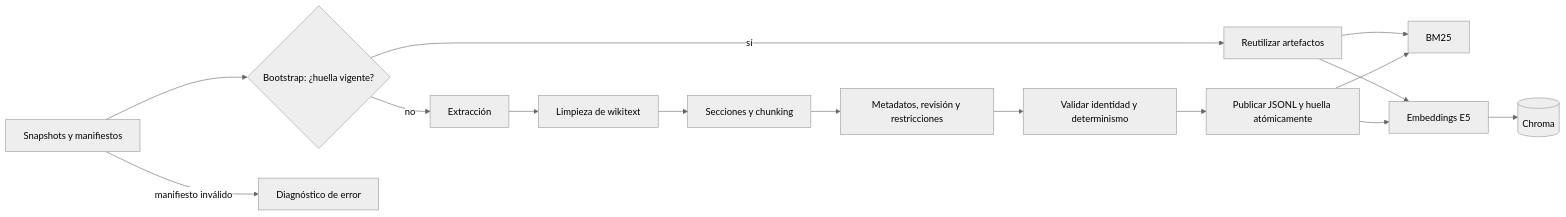
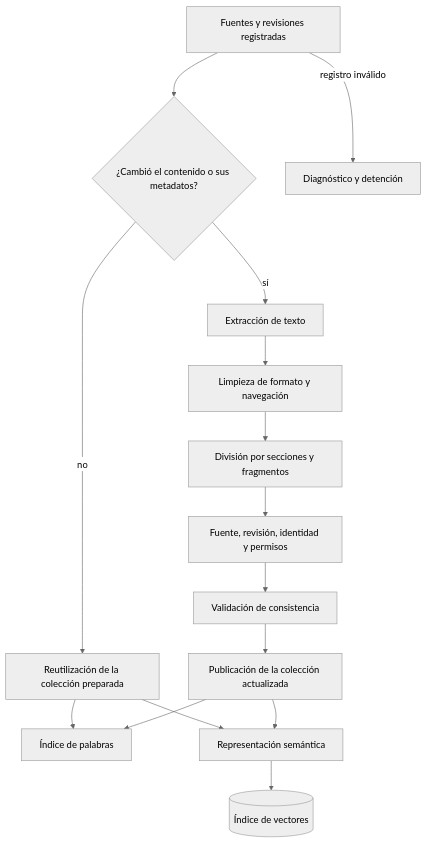
One commit to SergioAle210/NLP-SemanticLit changed the second of 2 diagrams in docs/course/informe-final.md. Above: the diagram before and after it, drawn with Mermaid (neutral theme). The commit also changed other lines of this file and 12 other files, not shown here.

````diff
--- a/docs/course/informe-final.md
+++ b/docs/course/informe-final.md
@@ -112,17 +123,17 @@
 ```mermaid
-flowchart LR
-    F["Snapshots y manifiestos"] --> H{"Bootstrap: ¿huella vigente?"}
-    F -->|manifiesto inválido| ERR["Diagnóstico de error"]
-    H -->|sí| REUSE["Reutilizar artefactos"]
-    H -->|no| X["Extracción"]
-    X --> C["Limpieza de wikitext"]
-    C --> S["Secciones y chunking"]
-    S --> M["Metadatos, revisión y restricciones"]
-    M --> D["Validar identidad y determinismo"]
-    D --> J["Publicar JSONL y huella atómicamente"]
+flowchart TD
+    F["Fuentes y revisiones registradas"] --> H{"¿Cambió el contenido o sus metadatos?"}
+    F -->|registro inválido| ERR["Diagnóstico y detención"]
+    H -->|no| REUSE["Reutilización de la colección preparada"]
+    H -->|sí| X["Extracción de texto"]
+    X --> C["Limpieza de formato y navegación"]
+    C --> S["División por secciones y fragmentos"]
+    S --> M["Fuente, revisión, identidad y permisos"]
+    M --> D["Validación de consistencia"]
+    D --> J["Publicación de la colección actualizada"]
     REUSE --> B
     REUSE --> E
-    J --> B["BM25"]
-    J --> E["Embeddings E5"]
-    E --> V[("Chroma")]
+    J --> B["Índice de palabras"]
+    J --> E["Representación semántica"]
+    E --> V[("Índice de vectores")]
 ```
````
